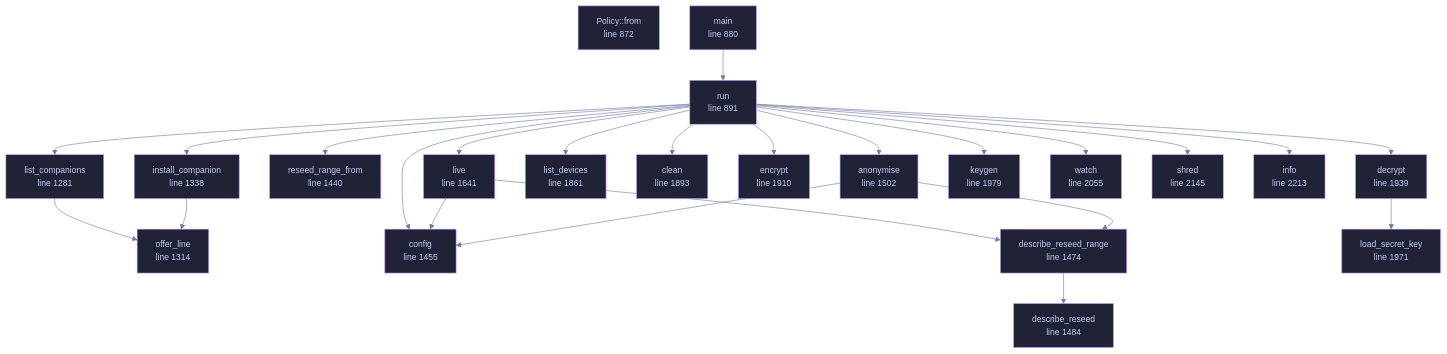
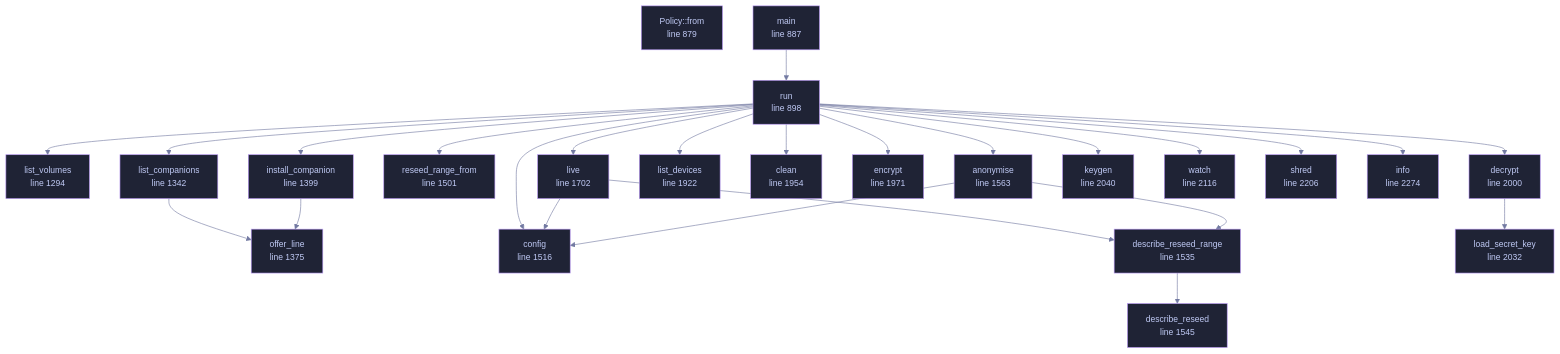
One commit to tilas01/veilvoice changed the diagram in docs/files/veilvoice-cli/main.md. Above: the diagram before and after it, drawn with Mermaid. The commit also changed other lines of this file and 12 other files, not shown here.

First line of the commit message:
cli: veilvoice volumes, and the changelog for both encryption features

````diff
--- a/docs/files/veilvoice-cli/main.md
+++ b/docs/files/veilvoice-cli/main.md
@@ -130,71 +130,74 @@
 ```mermaid
 %%{init: {"theme":"base","themeVariables":{"background":"#1a1b26","primaryColor":"#1f2335","primaryTextColor":"#c0caf5","primaryBorderColor":"#7aa2f7","secondaryColor":"#16161e","tertiaryColor":"#16161e","lineColor":"#737aa2","textColor":"#c0caf5","mainBkg":"#1f2335","nodeBorder":"#7aa2f7","clusterBkg":"#16161e","clusterBorder":"#2f3549","fontFamily":"ui-monospace, SFMono-Regular, Consolas, monospace","fontSize":"14px"}}}%%
 flowchart TD
-    n_from["Policy::from<br/>line 872"]
-    n_main["main<br/>line 880"]
-    n_run["run<br/>line 891"]
-    n_list_companions["list_companions<br/>line 1281"]
-    n_offer_line["offer_line<br/>line 1314"]
-    n_install_companion["install_companion<br/>line 1338"]
-    n_reseed_range_from["reseed_range_from<br/>line 1440"]
-    n_config["config<br/>line 1455"]
-    n_describe_reseed_range["describe_reseed_range<br/>line 1474"]
-    n_describe_reseed["describe_reseed<br/>line 1484"]
-    n_anonymise["anonymise<br/>line 1502"]
-    n_live["live<br/>line 1641"]
-    n_list_devices["list_devices<br/>line 1861"]
-    n_clean["clean<br/>line 1893"]
-    n_encrypt["encrypt<br/>line 1910"]
-    n_decrypt["decrypt<br/>line 1939"]
-    n_load_secret_key["load_secret_key<br/>line 1971"]
-    n_keygen["keygen<br/>line 1979"]
-    n_watch["watch<br/>line 2055"]
-    n_shred["shred<br/>line 2145"]
-    n_info["info<br/>line 2213"]
+    n_from["Policy::from<br/>line 879"]
+    n_main["main<br/>line 887"]
+    n_run["run<br/>line 898"]
+    n_list_volumes["list_volumes<br/>line 1294"]
+    n_list_companions["list_companions<br/>line 1342"]
+    n_offer_line["offer_line<br/>line 1375"]
+    n_install_companion["install_companion<br/>line 1399"]
+    n_reseed_range_from["reseed_range_from<br/>line 1501"]
+    n_config["config<br/>line 1516"]
+    n_describe_reseed_range["describe_reseed_range<br/>line 1535"]
+    n_describe_reseed["describe_reseed<br/>line 1545"]
+    n_anonymise["anonymise<br/>line 1563"]
+    n_live["live<br/>line 1702"]
+    n_list_devices["list_devices<br/>line 1922"]
+    n_clean["clean<br/>line 1954"]
+    n_encrypt["encrypt<br/>line 1971"]
+    n_decrypt["decrypt<br/>line 2000"]
+    n_load_secret_key["load_secret_key<br/>line 2032"]
+    n_keygen["keygen<br/>line 2040"]
+    n_watch["watch<br/>line 2116"]
+    n_shred["shred<br/>line 2206"]
+    n_info["info<br/>line 2274"]
     n_anonymise --> n_config
     n_anonymise --> n_describe_reseed_range
     n_decrypt --> n_load_secret_key
     n_describe_reseed_range --> n_describe_reseed
     n_install_companion --> n_offer_line
     n_list_companions --> n_offer_line
     n_live --> n_config
     n_live --> n_describe_reseed_range
     n_main --> n_run
     n_run --> n_anonymise
     n_run --> n_clean
     n_run --> n_config
     n_run --> n_decrypt
     n_run --> n_encrypt
     n_run --> n_info
     n_run --> n_install_companion
     n_run --> n_keygen
     n_run --> n_list_companions
     n_run --> n_list_devices
+    n_run --> n_list_volumes
     n_run --> n_live
     n_run --> n_reseed_range_from
     n_run --> n_shred
     n_run --> n_watch
-    click n_from href "https://github.com/tilas01/veilvoice/blob/main/crates/veilvoice-cli/src/main.rs#L872" "open the source"
-    click n_main href "https://github.com/tilas01/veilvoice/blob/main/crates/veilvoice-cli/src/main.rs#L880" "open the source"
-    click n_run href "https://github.com/tilas01/veilvoice/blob/main/crates/veilvoice-cli/src/main.rs#L891" "open the source"
-    click n_list_companions href "https://github.com/tilas01/veilvoice/blob/main/crates/veilvoice-cli/src/main.rs#L1281" "open the source"
-    click n_offer_line href "https://github.com/tilas01/veilvoice/blob/main/crates/veilvoice-cli/src/main.rs#L1314" "open the source"
-    click n_install_companion href "https://github.com/tilas01/veilvoice/blob/main/crates/veilvoice-cli/src/main.rs#L1338" "open the source"
-    click n_reseed_range_from href "https://github.com/tilas01/veilvoice/blob/main/crates/veilvoice-cli/src/main.rs#L1440" "open the source"
-    click n_config href "https://github.com/tilas01/veilvoice/blob/main/crates/veilvoice-cli/src/main.rs#L1455" "open the source"
-    click n_describe_reseed_range href "https://github.com/tilas01/veilvoice/blob/main/crates/veilvoice-cli/src/main.rs#L1474" "open the source"
-    click n_describe_reseed href "https://github.com/tilas01/veilvoice/blob/main/crates/veilvoice-cli/src/main.rs#L1484" "open the source"
-    click n_anonymise href "https://github.com/tilas01/veilvoice/blob/main/crates/veilvoice-cli/src/main.rs#L1502" "open the source"
-    click n_live href "https://github.com/tilas01/veilvoice/blob/main/crates/veilvoice-cli/src/main.rs#L1641" "open the source"
-    click n_list_devices href "https://github.com/tilas01/veilvoice/blob/main/crates/veilvoice-cli/src/main.rs#L1861" "open the source"
-    click n_clean href "https://github.com/tilas01/veilvoice/blob/main/crates/veilvoice-cli/src/main.rs#L1893" "open the source"
-    click n_encrypt href "https://github.com/tilas01/veilvoice/blob/main/crates/veilvoice-cli/src/main.rs#L1910" "open the source"
-    click n_decrypt href "https://github.com/tilas01/veilvoice/blob/main/crates/veilvoice-cli/src/main.rs#L1939" "open the source"
-    click n_load_secret_key href "https://github.com/tilas01/veilvoice/blob/main/crates/veilvoice-cli/src/main.rs#L1971" "open the source"
-    click n_keygen href "https://github.com/tilas01/veilvoice/blob/main/crates/veilvoice-cli/src/main.rs#L1979" "open the source"
-    click n_watch href "https://github.com/tilas01/veilvoice/blob/main/crates/veilvoice-cli/src/main.rs#L2055" "open the source"
-    click n_shred href "https://github.com/tilas01/veilvoice/blob/main/crates/veilvoice-cli/src/main.rs#L2145" "open the source"
-    click n_info href "https://github.com/tilas01/veilvoice/blob/main/crates/veilvoice-cli/src/main.rs#L2213" "open the source"
+    click n_from href "https://github.com/tilas01/veilvoice/blob/main/crates/veilvoice-cli/src/main.rs#L879" "open the source"
+    click n_main href "https://github.com/tilas01/veilvoice/blob/main/crates/veilvoice-cli/src/main.rs#L887" "open the source"
+    click n_run href "https://github.com/tilas01/veilvoice/blob/main/crates/veilvoice-cli/src/main.rs#L898" "open the source"
+    click n_list_volumes href "https://github.com/tilas01/veilvoice/blob/main/crates/veilvoice-cli/src/main.rs#L1294" "open the source"
+    click n_list_companions href "https://github.com/tilas01/veilvoice/blob/main/crates/veilvoice-cli/src/main.rs#L1342" "open the source"
+    click n_offer_line href "https://github.com/tilas01/veilvoice/blob/main/crates/veilvoice-cli/src/main.rs#L1375" "open the source"
+    click n_install_companion href "https://github.com/tilas01/veilvoice/blob/main/crates/veilvoice-cli/src/main.rs#L1399" "open the source"
+    click n_reseed_range_from href "https://github.com/tilas01/veilvoice/blob/main/crates/veilvoice-cli/src/main.rs#L1501" "open the source"
+    click n_config href "https://github.com/tilas01/veilvoice/blob/main/crates/veilvoice-cli/src/main.rs#L1516" "open the source"
+    click n_describe_reseed_range href "https://github.com/tilas01/veilvoice/blob/main/crates/veilvoice-cli/src/main.rs#L1535" "open the source"
+    click n_describe_reseed href "https://github.com/tilas01/veilvoice/blob/main/crates/veilvoice-cli/src/main.rs#L1545" "open the source"
+    click n_anonymise href "https://github.com/tilas01/veilvoice/blob/main/crates/veilvoice-cli/src/main.rs#L1563" "open the source"
+    click n_live href "https://github.com/tilas01/veilvoice/blob/main/crates/veilvoice-cli/src/main.rs#L1702" "open the source"
+    click n_list_devices href "https://github.com/tilas01/veilvoice/blob/main/crates/veilvoice-cli/src/main.rs#L1922" "open the source"
+    click n_clean href "https://github.com/tilas01/veilvoice/blob/main/crates/veilvoice-cli/src/main.rs#L1954" "open the source"
+    click n_encrypt href "https://github.com/tilas01/veilvoice/blob/main/crates/veilvoice-cli/src/main.rs#L1971" "open the source"
+    click n_decrypt href "https://github.com/tilas01/veilvoice/blob/main/crates/veilvoice-cli/src/main.rs#L2000" "open the source"
+    click n_load_secret_key href "https://github.com/tilas01/veilvoice/blob/main/crates/veilvoice-cli/src/main.rs#L2032" "open the source"
+    click n_keygen href "https://github.com/tilas01/veilvoice/blob/main/crates/veilvoice-cli/src/main.rs#L2040" "open the source"
+    click n_watch href "https://github.com/tilas01/veilvoice/blob/main/crates/veilvoice-cli/src/main.rs#L2116" "open the source"
+    click n_shred href "https://github.com/tilas01/veilvoice/blob/main/crates/veilvoice-cli/src/main.rs#L2206" "open the source"
+    click n_info href "https://github.com/tilas01/veilvoice/blob/main/crates/veilvoice-cli/src/main.rs#L2274" "open the source"
     classDef helper fill:#1f2335,stroke:#bb9af7,color:#c0caf5
-    class n_from,n_main,n_run,n_list_companions,n_offer_line,n_install_companion,n_reseed_range_from,n_config,n_describe_reseed_range,n_describe_reseed,n_anonymise,n_live,n_list_devices,n_clean,n_encrypt,n_decrypt,n_load_secret_key,n_keygen,n_watch,n_shred,n_info helper
+    class n_from,n_main,n_run,n_list_volumes,n_list_companions,n_offer_line,n_install_companion,n_reseed_range_from,n_config,n_describe_reseed_range,n_describe_reseed,n_anonymise,n_live,n_list_devices,n_clean,n_encrypt,n_decrypt,n_load_secret_key,n_keygen,n_watch,n_shred,n_info helper
 ```
````
